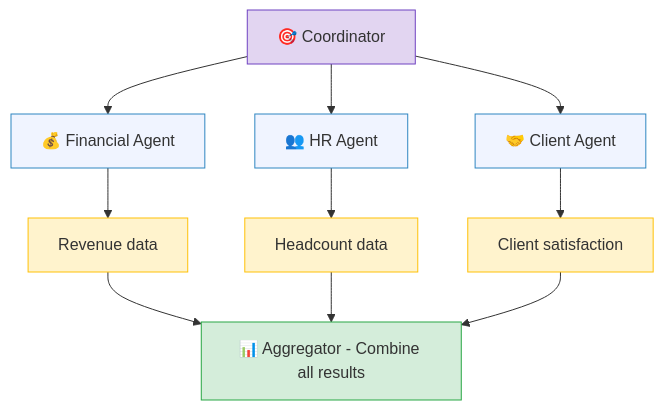
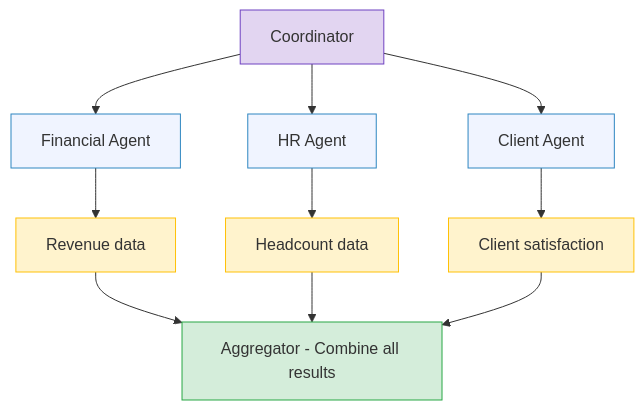
Before and after one commit to ithinktavo/GenAI-Engineering-Handbook: the third of 7 diagrams in docs/07-agentic-ai.md, drawn with Mermaid. The commit also changed other lines of this file and 10 other files, not shown here.

Commit message:
Diagram updates

````diff
--- a/docs/07-agentic-ai.md
+++ b/docs/07-agentic-ai.md
@@ -135,25 +135,25 @@
 ```mermaid
 graph TD
-    Coord["🎯 Coordinator"]
-    Fin["💰 Financial Agent"]
-    HR["👥 HR Agent"]
-    Client["🤝 Client Agent"]
+    Coord["Coordinator"]
+    Fin["Financial Agent"]
+    HR["HR Agent"]
+    Client["Client Agent"]
     FinData["Revenue data"]
     HRData["Headcount data"]
     ClientData["Client satisfaction"]
-    Agg["📊 Aggregator - Combine all results"]
+    Agg["Aggregator - Combine all results"]
 
     Coord --> Fin & HR & Client
     Fin --> FinData --> Agg
     HR --> HRData --> Agg
     Client --> ClientData --> Agg
 
     style Coord fill:#e2d5f1,stroke:#6f42c1
     style Fin fill:#f0f4ff,stroke:#2E86C1
     style HR fill:#f0f4ff,stroke:#2E86C1
     style Client fill:#f0f4ff,stroke:#2E86C1
     style FinData fill:#fff3cd,stroke:#ffc107
     style HRData fill:#fff3cd,stroke:#ffc107
     style ClientData fill:#fff3cd,stroke:#ffc107
     style Agg fill:#d4edda,stroke:#28a745
 ```
````
